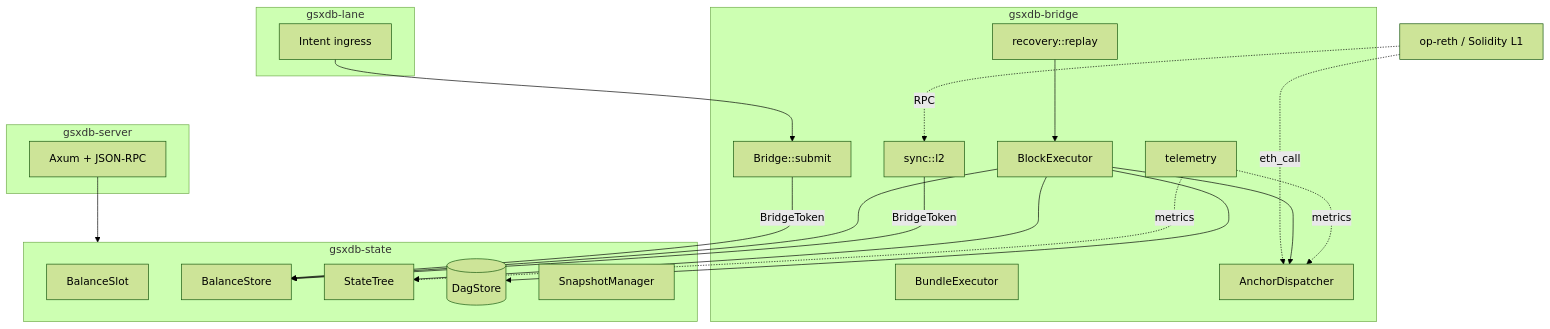
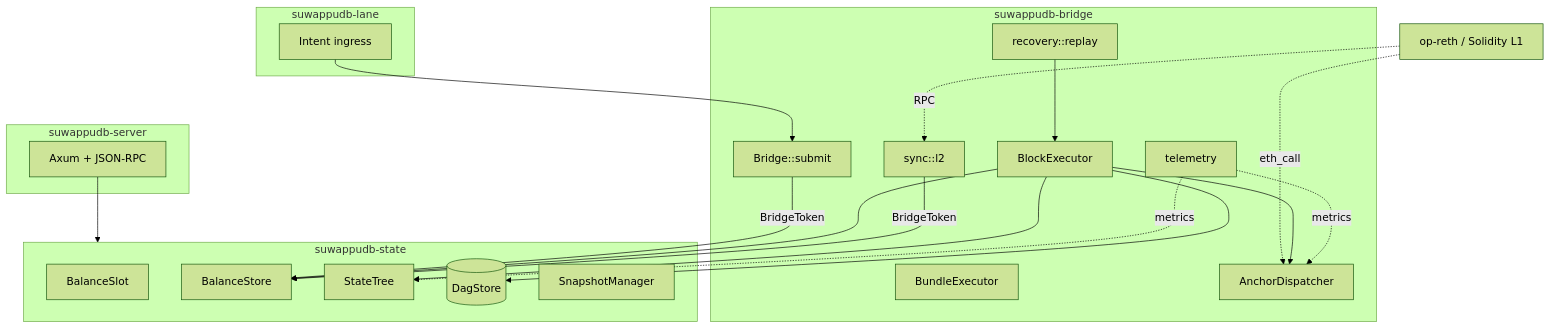
Before and after one commit to Suwappu-Labs/suwappu-db: the second of 3 diagrams in docs/README.md, drawn with Mermaid (forest theme). The commit also changed other lines of this file and 232 other files, not shown here.

````diff
--- a/docs/README.md
+++ b/docs/README.md
@@ -59,38 +59,38 @@
 ```mermaid
 flowchart TB
-    subgraph Lane[gsxdb-lane]
+    subgraph Lane[suwappudb-lane]
         Ingest[Intent ingress]
     end
-    subgraph Bridge[gsxdb-bridge]
+    subgraph Bridge[suwappudb-bridge]
         Sub[Bridge::submit]
         Block[BlockExecutor]
         Bundle[BundleExecutor]
         Anchor[AnchorDispatcher]
         Recov[recovery::replay]
         Sync[sync::l2]
         Tele[telemetry]
     end
-    subgraph State[gsxdb-state]
+    subgraph State[suwappudb-state]
         Slot[BalanceSlot]
         Store[BalanceStore]
         Tree[StateTree]
         DAG[(DagStore)]
         Snap[SnapshotManager]
     end
-    subgraph Server[gsxdb-server]
+    subgraph Server[suwappudb-server]
         RPC[Axum + JSON-RPC]
     end
     External[op-reth / Solidity L1] -.RPC.-> Sync
     External -.eth_call.-> Anchor
     Ingest --> Sub
     Sub -- BridgeToken --> Store
     Block --> Store
     Block --> Tree
     Block --> DAG
     Block --> Anchor
     Recov --> Block
     Sync -- BridgeToken --> Store
     RPC --> State
     Tele -.metrics.-> Tree
     Tele -.metrics.-> Anchor
 ```
````
